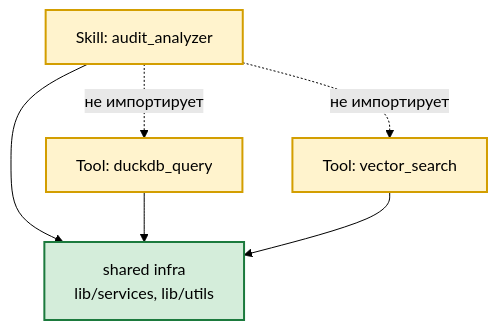
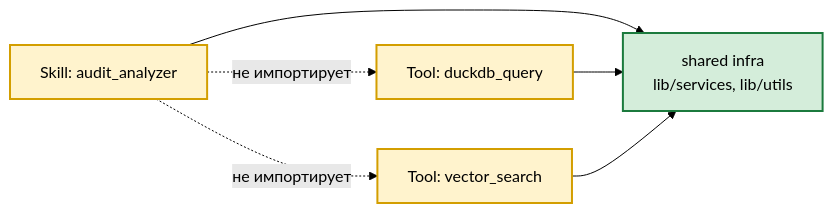
The diagram in docs/skill-tool-inventory.md (AlexEgorov85/workspaces_nanobot), drawn with Mermaid (forest theme) before and after one commit. The commit also changed 3 other files, not shown here.

Commit message:
docs(diagrams): сделать слоистые диаграммы горизонтальными (LR)

````diff
--- a/docs/skill-tool-inventory.md
+++ b/docs/skill-tool-inventory.md
@@ -51,12 +51,12 @@
 ```mermaid
-flowchart TB
+flowchart LR
     SKILL["Skill: audit_analyzer"] --> INFRA["shared infra<br/>lib/services, lib/utils"]
     T1["Tool: duckdb_query"] --> INFRA
     T2["Tool: vector_search"] --> INFRA
     SKILL -.не импортирует.-> T1
     SKILL -.не импортирует.-> T2
     classDef core fill:#fff3cd,stroke:#d39e00,stroke-width:2px
     classDef infra fill:#d4edda,stroke:#1b7a3d,stroke-width:2px
     class SKILL,T1,T2 core
     class INFRA infra
 ```
````
